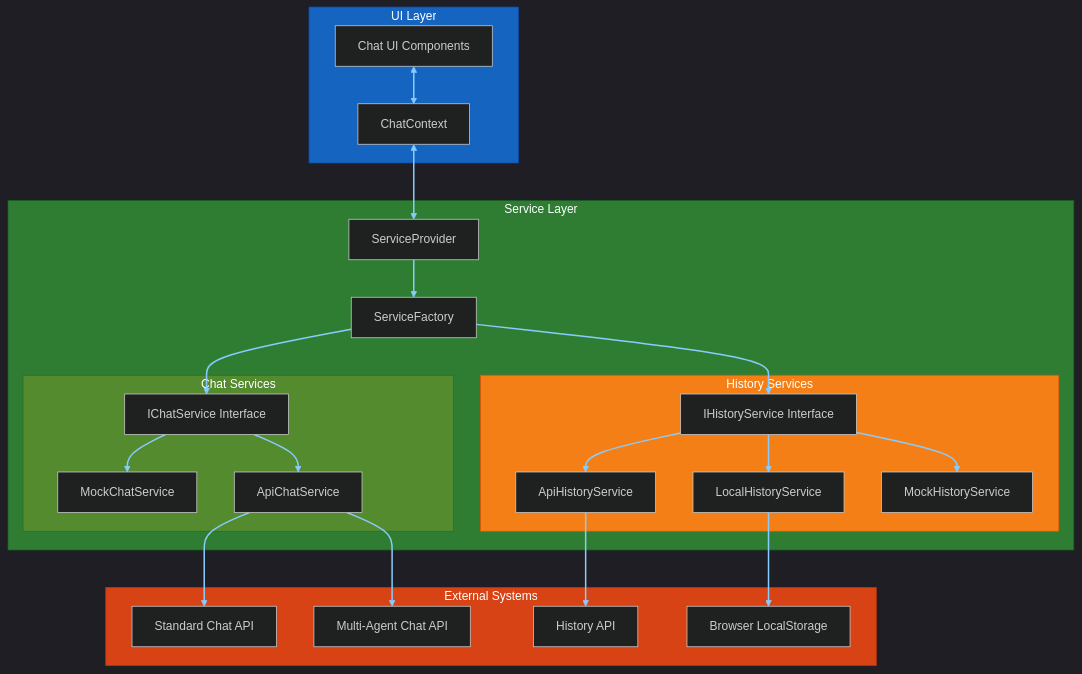
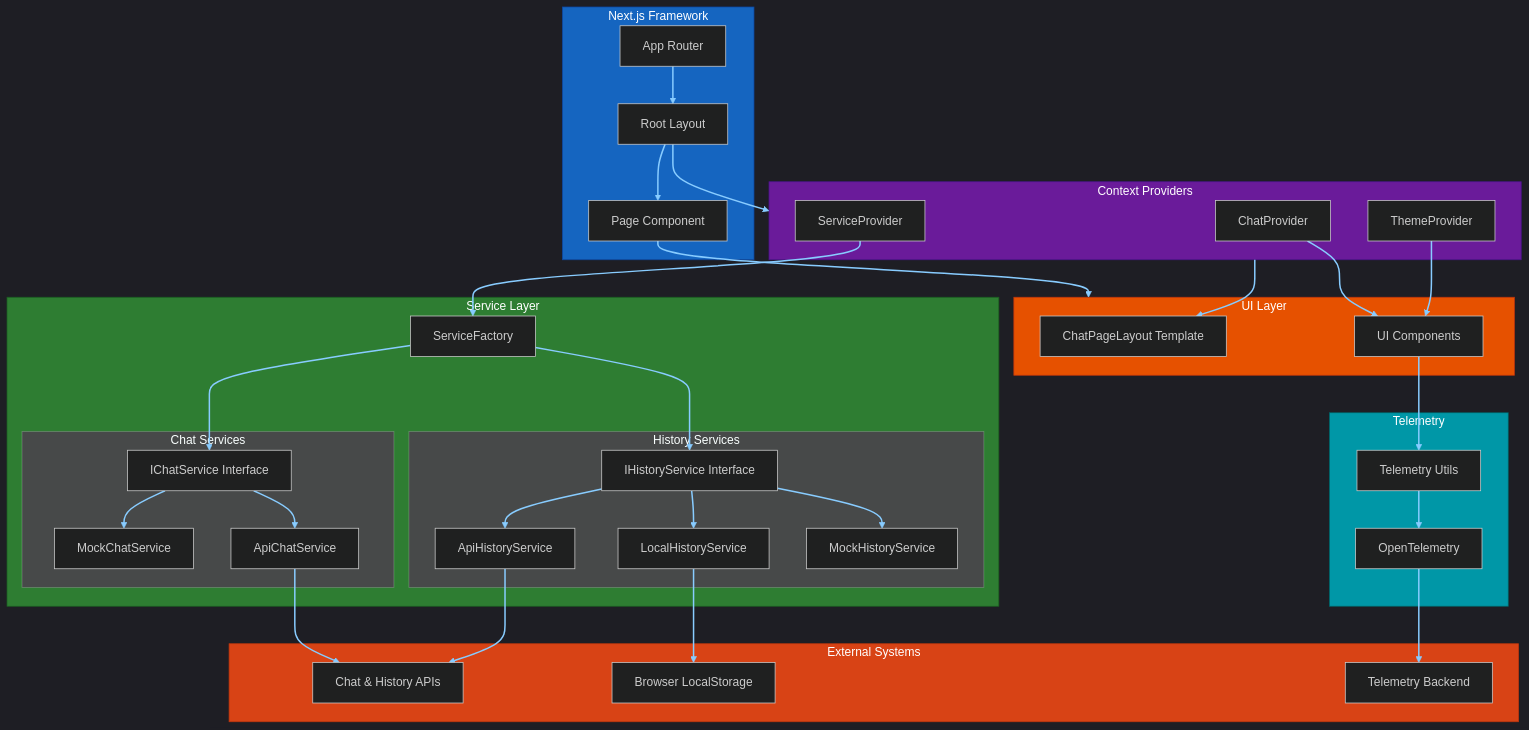
The second of 10 diagrams in memory-bank/architectureDiagrams.md (ChrisMcKee1/ChatUI), drawn with Mermaid before and after one commit. The commit also changed other lines of this file, not shown here.

Commit message:
Updated Deployment Architecture diagram to reflect current approach

````diff
--- a/memory-bank/architectureDiagrams.md
+++ b/memory-bank/architectureDiagrams.md
@@ -74,14 +86,25 @@
 ```mermaid
 %%{init: {'theme':'dark'}}%%
 flowchart TD
+    subgraph Next_Framework["Next.js Framework"]
+        App[App Router]
+        Layout[Root Layout]
+        Page[Page Component]
+    end
+    
+    subgraph Context_Providers["Context Providers"]
+        CP[ChatProvider]
+        TP[ThemeProvider]
+        SP[ServiceProvider]
+    end
+    
     subgraph UI_Layer["UI Layer"]
-        ChatContext[ChatContext]
-        ChatUI[Chat UI Components]
+        TPL[ChatPageLayout Template]
+        Components[UI Components]
     end
     
     subgraph Service_Layer["Service Layer"]
         SF[ServiceFactory]
-        SP[ServiceProvider]
         
         subgraph Chat_Services["Chat Services"]
             ICS[IChatService Interface]
@@ -97,17 +120,28 @@
         end
     end
     
-    subgraph External_Systems["External Systems"]
-        StandardAPI[Standard Chat API]
-        MultiAgentAPI[Multi-Agent Chat API]
-        HistoryAPI[History API]
-        LocalStorage[Browser LocalStorage]
+    subgraph Telemetry["Telemetry"]
+        OpenTel[OpenTelemetry]
+        TelUtils[Telemetry Utils]
     end
     
-    ChatUI <--> ChatContext
-    ChatContext <--> SP
+    subgraph External_Systems["External Systems"]
+        APIs[Chat & History APIs]
+        LocalStorage[Browser LocalStorage]
+        TelBackend[Telemetry Backend]
+    end
     
+    App --> Layout
+    Layout --> Page
+    Layout --> Context_Providers
+    Page --> UI_Layer
+    
+    Context_Providers --> TPL
+    
+    CP --> Components
+    TP --> Components
     SP --> SF
+    
     SF --> ICS
     SF --> IHS
     
@@ -118,16 +152,20 @@
     IHS --> AHS
     IHS --> MHS
     
-    ACS --> StandardAPI
-    ACS --> MultiAgentAPI
-    AHS --> HistoryAPI
+    ACS --> APIs
+    AHS --> APIs
     LHS --> LocalStorage
     
-    style UI_Layer fill:#1565c0,stroke:#0d47a1,color:#ffffff
+    Components --> TelUtils
+    TelUtils --> OpenTel
+    OpenTel --> TelBackend
+    
+    style Next_Framework fill:#1565c0,stroke:#0d47a1,color:#ffffff
+    style Context_Providers fill:#6a1b9a,stroke:#4a148c,color:#ffffff
+    style UI_Layer fill:#e65100,stroke:#bf360c,color:#ffffff
     style Service_Layer fill:#2e7d32,stroke:#1b5e20,color:#ffffff
     style External_Systems fill:#d84315,stroke:#bf360c,color:#ffffff
-    style Chat_Services fill:#558b2f,stroke:#33691e,color:#ffffff
-    style History_Services fill:#f57f17,stroke:#e65100,color:#ffffff
+    style Telemetry fill:#0097a7,stroke:#006064,color:#ffffff
     
     linkStyle default stroke:#88ccff,stroke-width:2px
 ```
````
